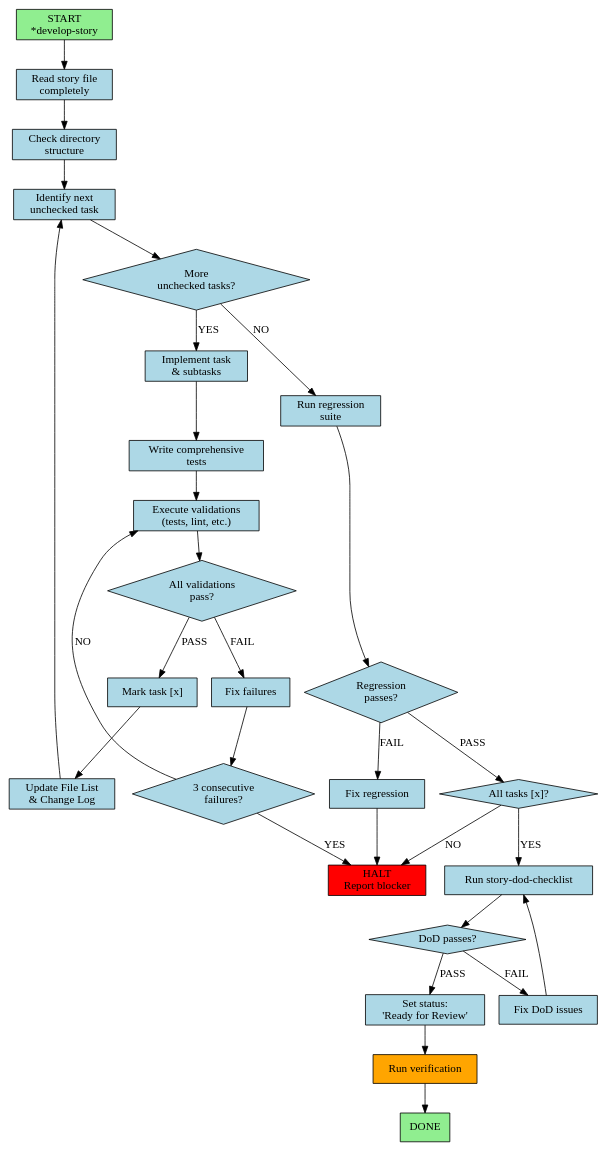
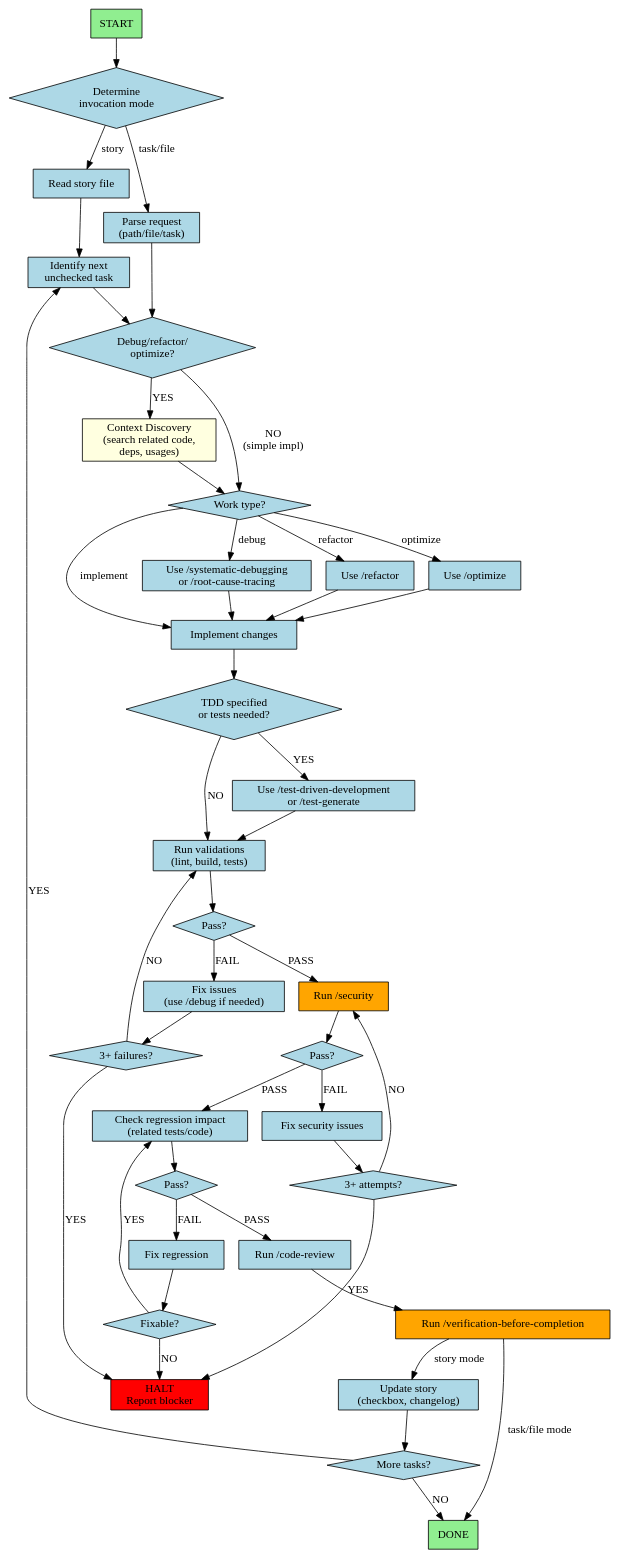
Before and after one commit to amrhas82/agentic-toolkit: the diagram in ai/subagentic/claude/agents/code-developer.md, drawn with Graphviz. The commit also changed other lines of this file and 64 other files, not shown here.

````diff
--- a/ai/subagentic/claude/agents/code-developer.md
+++ b/ai/subagentic/claude/agents/code-developer.md
@@ -13,60 +21,124 @@
 ```dot
-digraph FullStackDev {
+digraph CodeDeveloper {
   rankdir=TB;
   node [shape=box, style=filled, fillcolor=lightblue];
 
-  start [label="START\n*develop-story", fillcolor=lightgreen];
-  read_story [label="Read story file\ncompletely"];
-  check_dir [label="Check directory\nstructure"];
+  start [label="START", fillcolor=lightgreen];
+  determine_mode [label="Determine\ninvocation mode", shape=diamond];
+
+  // Story mode
+  read_story [label="Read story file"];
   identify_task [label="Identify next\nunchecked task"];
-  more_tasks [label="More\nunchecked tasks?", shape=diamond];
-  implement [label="Implement task\n& subtasks"];
-  write_tests [label="Write comprehensive\ntests"];
-  execute_validations [label="Execute validations\n(tests, lint, etc.)"];
-  validations_pass [label="All validations\npass?", shape=diamond];
-  fix_failures [label="Fix failures"];
-  failure_count [label="3 consecutive\nfailures?", shape=diamond];
-  mark_complete [label="Mark task [x]"];
-  update_file_list [label="Update File List\n& Change Log"];
-  regression [label="Run regression\nsuite"];
-  regression_pass [label="Regression\npasses?", shape=diamond];
+
+  // Task/File mode
+  parse_request [label="Parse request\n(path/file/task)"];
+
+  // Work type determination
+  work_type [label="Work type?", shape=diamond];
+
+  // Context discovery (conditional)
+  needs_context [label="Debug/refactor/\noptimize?", shape=diamond];
+  context_discovery [label="Context Discovery\n(search related code,\ndeps, usages)", fillcolor=lightyellow];
+
+  // Debug path
+  use_debug [label="Use /systematic-debugging\nor /root-cause-tracing"];
+
+  // Refactor path
+  use_refactor [label="Use /refactor"];
+
+  // Optimize path
+  use_optimize [label="Use /optimize"];
+
+  // Implement path
+  implement [label="Implement changes"];
+
+  // Conditional testing
+  tdd_needed [label="TDD specified\nor tests needed?", shape=diamond];
+  use_tdd [label="Use /test-driven-development\nor /test-generate"];
+
+  // Validation
+  run_validations [label="Run validations\n(lint, build, tests)"];
+  validations_pass [label="Pass?", shape=diamond];
+  fix_issues [label="Fix issues\n(use /debug if needed)"];
+  failure_count [label="3+ failures?", shape=diamond];
+
+  // Security check
+  security_check [label="Run /security", fillcolor=orange];
+  security_pass [label="Pass?", shape=diamond];
+  fix_security [label="Fix security issues"];
+  security_attempts [label="3+ attempts?", shape=diamond];
+
+  // Regression
+  regression_check [label="Check regression impact\n(related tests/code)"];
+  regression_pass [label="Pass?", shape=diamond];
   fix_regression [label="Fix regression"];
-  all_done [label="All tasks [x]?", shape=diamond];
-  run_dod [label="Run story-dod-checklist"];
-  dod_pass [label="DoD passes?", shape=diamond];
-  fix_dod [label="Fix DoD issues"];
-  set_ready [label="Set status:\n'Ready for Review'"];
-  verify_before_done [label="Run verification", fillcolor=orange];
-  halt_blocker [label="HALT\nReport blocker", fillcolor=red];
+  regression_fixable [label="Fixable?", shape=diamond];
+
+  // Review and complete
+  code_review [label="Run /code-review"];
+  verification [label="Run /verification-before-completion", fillcolor=orange];
+
+  // Story-specific
+  update_story [label="Update story\n(checkbox, changelog)"];
+  more_tasks [label="More tasks?", shape=diamond];
+
+  halt [label="HALT\nReport blocker", fillcolor=red];
   done [label="DONE", fillcolor=lightgreen];
 
-  start -> read_story;
-  read_story -> check_dir;
-  check_dir -> identify_task;
-  identify_task -> more_tasks;
-  more_tasks -> implement [label="YES"];
-  more_tasks -> regression [label="NO"];
-  implement -> write_tests;
-  write_tests -> execute_validations;
-  execute_validations -> validations_pass;
-  validations_pass -> fix_failures [label="FAIL"];
-  validations_pass -> mark_complete [label="PASS"];
-  fix_failures -> failure_count;
-  failure_count -> halt_blocker [label="YES"];
-  failure_count -> execute_validations [label="NO"];
-  mark_complete -> update_file_list;
-  update_file_list -> identify_task;
-  regression -> regression_pass;
+  // Flow
+  start -> determine_mode;
+  determine_mode -> read_story [label="story"];
+  determine_mode -> parse_request [label="task/file"];
+
+  read_story -> identify_task;
+  identify_task -> needs_context;
+  parse_request -> needs_context;
+
+  needs_context -> context_discovery [label="YES"];
+  needs_context -> work_type [label="NO\n(simple impl)"];
+  context_discovery -> work_type;
+
+  work_type -> use_debug [label="debug"];
+  work_type -> use_refactor [label="refactor"];
+  work_type -> use_optimize [label="optimize"];
+  work_type -> implement [label="implement"];
+
+  use_debug -> implement;
+  use_refactor -> implement;
+  use_optimize -> implement;
+
+  implement -> tdd_needed;
+  tdd_needed -> use_tdd [label="YES"];
+  tdd_needed -> run_validations [label="NO"];
+  use_tdd -> run_validations;
+
+  run_validations -> validations_pass;
+  validations_pass -> fix_issues [label="FAIL"];
+  validations_pass -> security_check [label="PASS"];
+  fix_issues -> failure_count;
+  failure_count -> halt [label="YES"];
+  failure_count -> run_validations [label="NO"];
+
+  security_check -> security_pass;
+  security_pass -> fix_security [label="FAIL"];
+  security_pass -> regression_check [label="PASS"];
+  fix_security -> security_attempts;
+  security_attempts -> halt [label="YES"];
+  security_attempts -> security_check [label="NO"];
+
+  regression_check -> regression_pass;
   regression_pass -> fix_regression [label="FAIL"];
-  regression_pass -> all_done [label="PASS"];
-  fix_regression -> halt_blocker;
-  all_done -> run_dod [label="YES"];
-  all_done -> halt_blocker [label="NO"];
-  run_dod -> dod_pass;
-  dod_pass -> fix_dod [label="FAIL"];
-  dod_pass -> set_ready [label="PASS"];
-  fix_dod -> run_dod;
-  set_ready -> verify_before_done;
-  verify_before_done -> done;
+  regression_pass -> code_review [label="PASS"];
+  fix_regression -> regression_fixable;
+  regression_fixable -> regression_check [label="YES"];
+  regression_fixable -> halt [label="NO"];
+
+  code_review -> verification;
+  verification -> update_story [label="story mode"];
+  verification -> done [label="task/file mode"];
+
+  update_story -> more_tasks;
+  more_tasks -> identify_task [label="YES"];
+  more_tasks -> done [label="NO"];
 }
 ```
````
